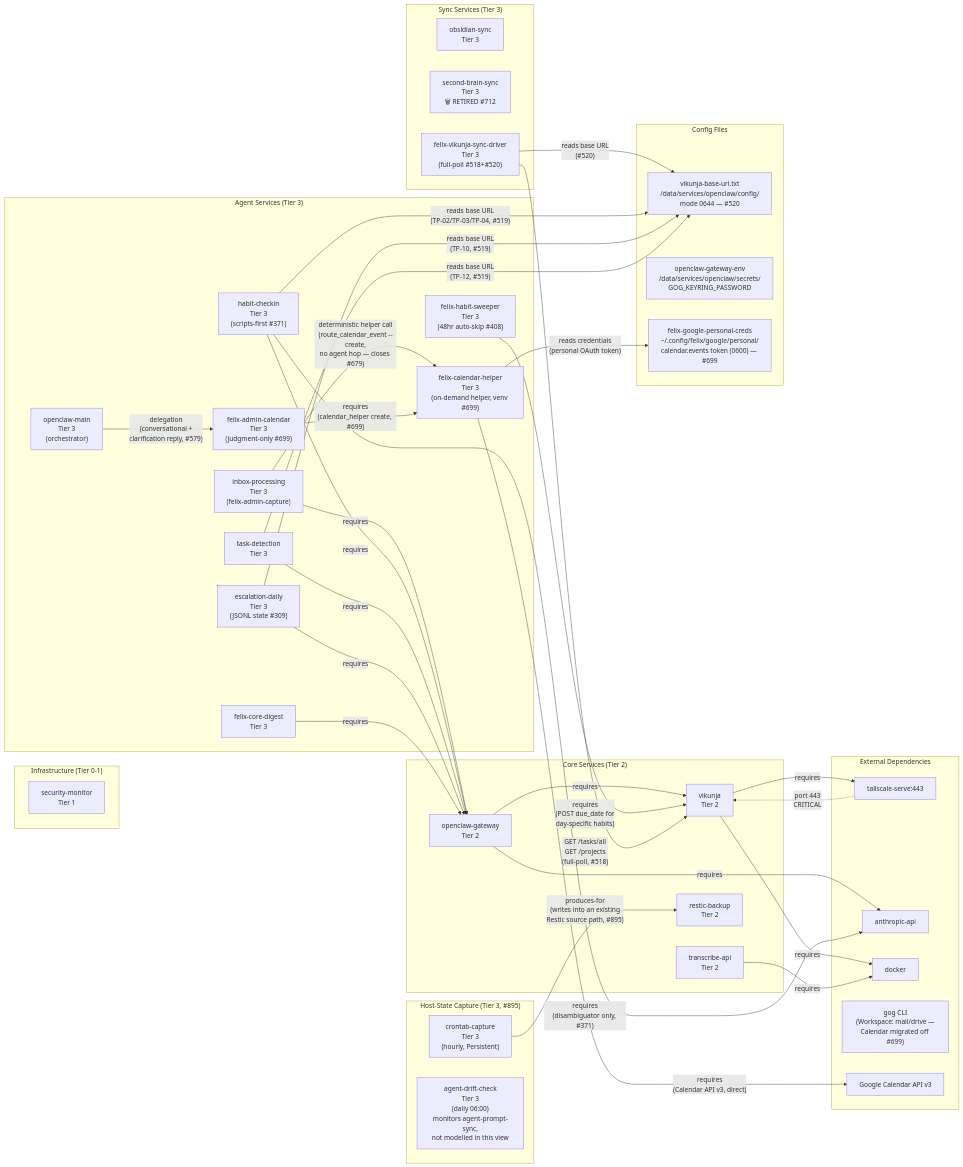
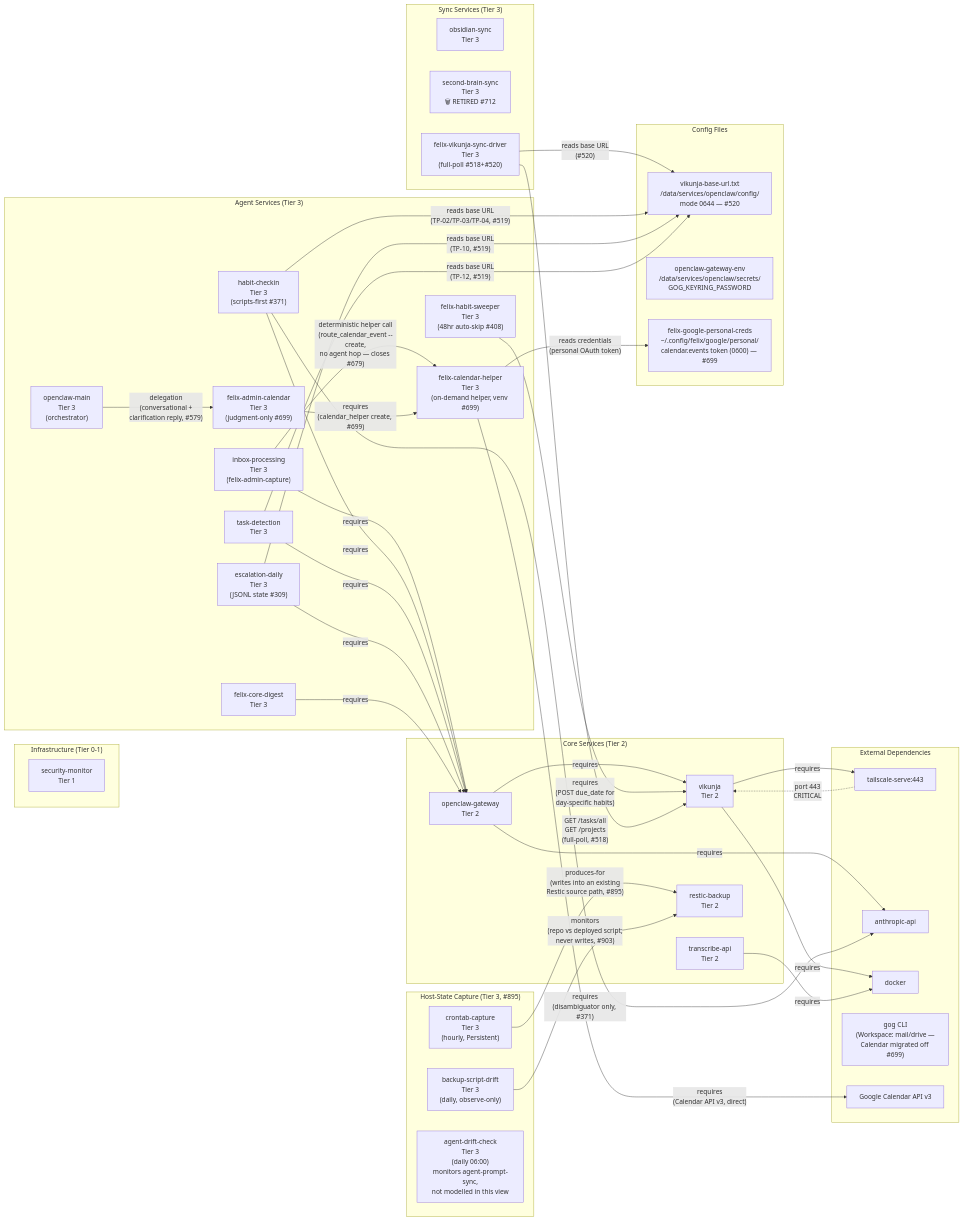
Before and after one commit to kentonium3/kg-automation: the diagram in docs/design/architecture/service-dependencies.view.md, drawn with Mermaid. The commit also changed other lines of this file and 27 other files, not shown here.

````diff
--- a/docs/design/architecture/service-dependencies.view.md
+++ b/docs/design/architecture/service-dependencies.view.md
@@ -49,80 +49,82 @@
 ```mermaid
 graph LR
     subgraph Infrastructure["Infrastructure (Tier 0-1)"]
         security-monitor["security-monitor<br/>Tier 1"]
     end
 
     subgraph Core["Core Services (Tier 2)"]
         vikunja["vikunja<br/>Tier 2"]
         openclaw["openclaw-gateway<br/>Tier 2"]
         transcribe["transcribe-api<br/>Tier 2"]
         restic["restic-backup<br/>Tier 2"]
     end
 
     subgraph Agents["Agent Services (Tier 3)"]
         main["openclaw-main<br/>Tier 3<br/>(orchestrator)"]
         inbox["inbox-processing<br/>Tier 3<br/>(felix-admin-capture)"]
         habits["habit-checkin<br/>Tier 3<br/>(scripts-first #371)"]
         habitsweeper["felix-habit-sweeper<br/>Tier 3<br/>(48hr auto-skip #408)"]
         taskdet["task-detection<br/>Tier 3"]
         escalation["escalation-daily<br/>Tier 3<br/>(JSONL state #309)"]
         calendar["felix-admin-calendar<br/>Tier 3<br/>(judgment-only #699)"]
         calendar_helper["felix-calendar-helper<br/>Tier 3<br/>(on-demand helper, venv #699)"]
         digest["felix-core-digest<br/>Tier 3"]
     end
 
     subgraph HostState["Host-State Capture (Tier 3, #895)"]
         crontabcap["crontab-capture<br/>Tier 3<br/>(hourly, Persistent)"]
+        scriptdrift["backup-script-drift<br/>Tier 3<br/>(daily, observe-only)"]
         driftcheck["agent-drift-check<br/>Tier 3<br/>(daily 06:00)<br/>monitors agent-prompt-sync,<br/>not modelled in this view"]
     end
 
     subgraph Sync["Sync Services (Tier 3)"]
         obsidian["obsidian-sync<br/>Tier 3"]
         secondbrain["second-brain-sync<br/>Tier 3<br/>🗑 RETIRED #712"]
         vikunja_sync["felix-vikunja-sync-driver<br/>Tier 3<br/>(full-poll #518+#520)"]
     end
 
     subgraph Config["Config Files"]
         url_config["vikunja-base-url.txt<br/>/data/services/openclaw/config/<br/>mode 0644 — #520"]
         gateway_env["openclaw-gateway-env<br/>/data/services/openclaw/secrets/<br/>GOG_KEYRING_PASSWORD"]
         felix_google_creds["felix-google-personal-creds<br/>~/.config/felix/google/personal/<br/>calendar.events token (0600) — #699"]
     end
 
     subgraph External["External Dependencies"]
         tailscale["tailscale-serve:443"]
         anthropic["anthropic-api"]
         docker["docker"]
         gog["gog CLI<br/>(Workspace: mail/drive —<br/>Calendar migrated off #699)"]
         google_cal_api["Google Calendar API v3"]
     end
 
     vikunja -->|"requires"| tailscale
     vikunja -->|"requires"| docker
     tailscale -.->|"port 443<br/>CRITICAL"| vikunja
 
     openclaw -->|"requires"| anthropic
     openclaw -->|"requires"| vikunja
 
     transcribe -->|"requires"| docker
 
     inbox -->|"requires"| openclaw
     habits -->|"requires"| openclaw
     habits -->|"requires<br/>(disambiguator only, #371)"| anthropic
     habitsweeper -->|"requires<br/>(POST due_date for<br/>day-specific habits)"| vikunja
     taskdet -->|"requires"| openclaw
     escalation -->|"requires"| openclaw
     digest -->|"requires"| openclaw
 
     main -->|"delegation<br/>(conversational +<br/>clarification reply, #579)"| calendar
     inbox -->|"deterministic helper call<br/>(route_calendar_event --create,<br/>no agent hop — closes #679)"| calendar_helper
     calendar -->|"requires<br/>(calendar_helper create, #699)"| calendar_helper
     calendar_helper -->|"requires<br/>(Calendar API v3, direct)"| google_cal_api
     calendar_helper -->|"reads credentials<br/>(personal OAuth token)"| felix_google_creds
 
     vikunja_sync -->|"GET /tasks/all<br/>GET /projects<br/>(full-poll, #518)"| vikunja
     vikunja_sync -->|"reads base URL<br/>(#520)"| url_config
     habits -->|"reads base URL<br/>(TP-02/TP-03/TP-04, #519)"| url_config
     escalation -->|"reads base URL<br/>(TP-10, #519)"| url_config
     taskdet -->|"reads base URL<br/>(TP-12, #519)"| url_config
     crontabcap -->|"produces-for<br/>(writes into an existing<br/>Restic source path, #895)"| restic
+    scriptdrift -->|"monitors<br/>(repo vs deployed script;<br/>never writes, #903)"| restic
 ```
````
